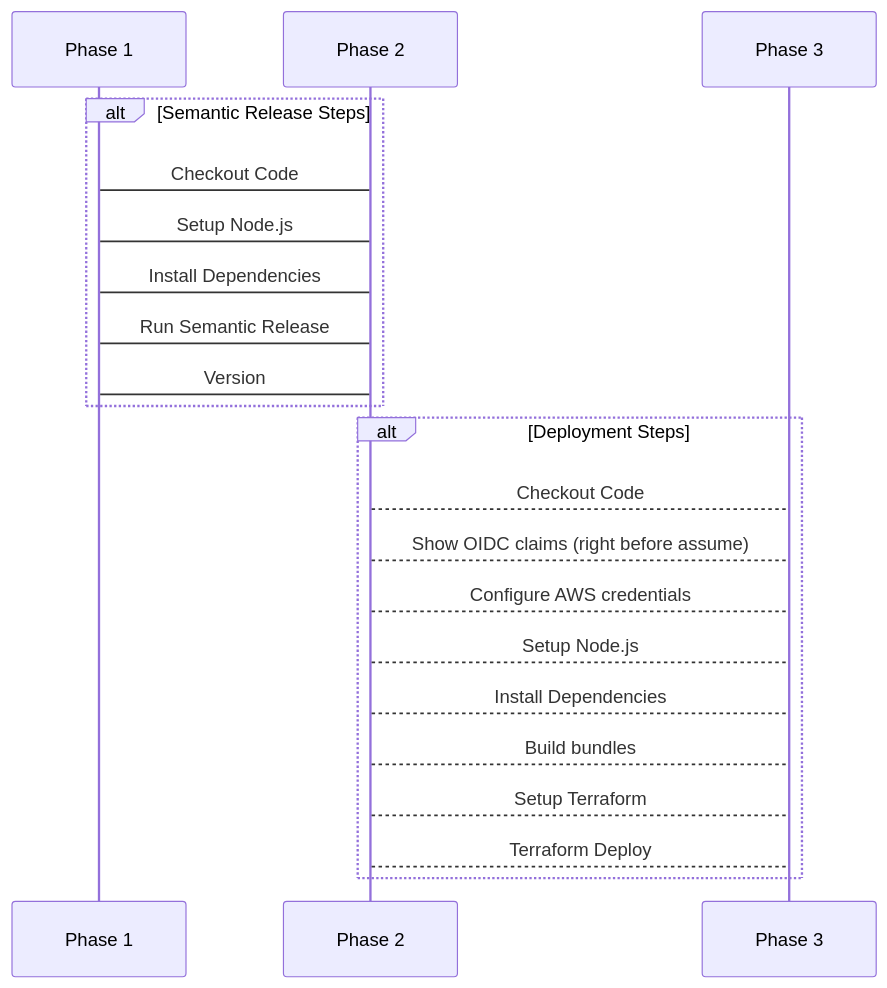
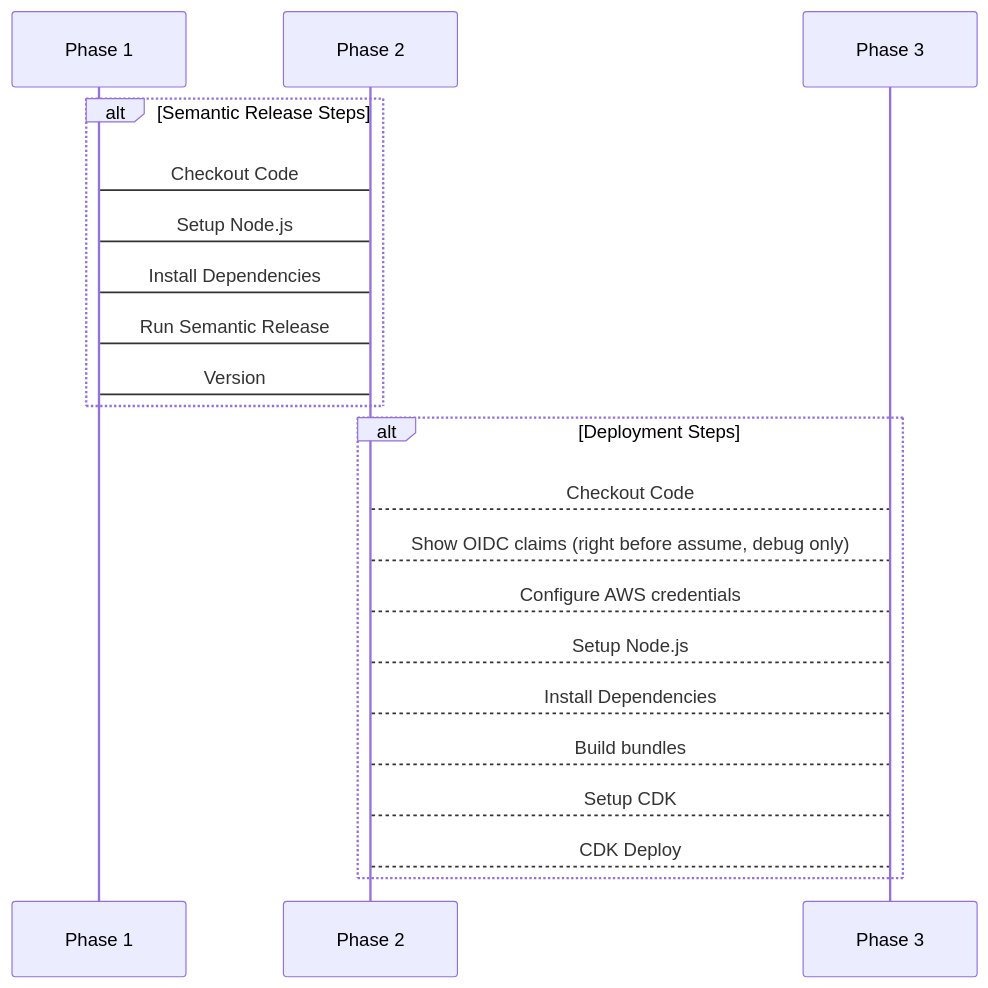
One commit to govuk-once/gds-unified-notification-service changed the second of 3 diagrams in .github/README-Pipelines.md. Above: the diagram before and after it, drawn with Mermaid. The commit also changed other lines of this file and 10 other files, not shown here.

````diff
--- a/.github/README-Pipelines.md
+++ b/.github/README-Pipelines.md
@@ -53,20 +53,20 @@
 ```mermaid
 sequenceDiagram
     alt Semantic Release Steps
       Phase 1->Phase 2: Checkout Code
       Phase 1->Phase 2: Setup Node.js
       Phase 1->Phase 2: Install Dependencies
       Phase 1->Phase 2: Run Semantic Release
       Phase 1->Phase 2: Version
     end
     alt Deployment Steps
       Phase 2-->Phase 3: Checkout Code
-      Phase 2-->Phase 3: Show OIDC claims (right before assume)
+      Phase 2-->Phase 3: Show OIDC claims (right before assume, debug only)
       Phase 2-->Phase 3: Configure AWS credentials
       Phase 2-->Phase 3: Setup Node.js
       Phase 2-->Phase 3: Install Dependencies
       Phase 2-->Phase 3: Build bundles
-      Phase 2-->Phase 3: Setup Terraform
-      Phase 2-->Phase 3: Terraform Deploy
+      Phase 2-->Phase 3: Setup CDK
+      Phase 2-->Phase 3: CDK Deploy
     end
 ```
````
